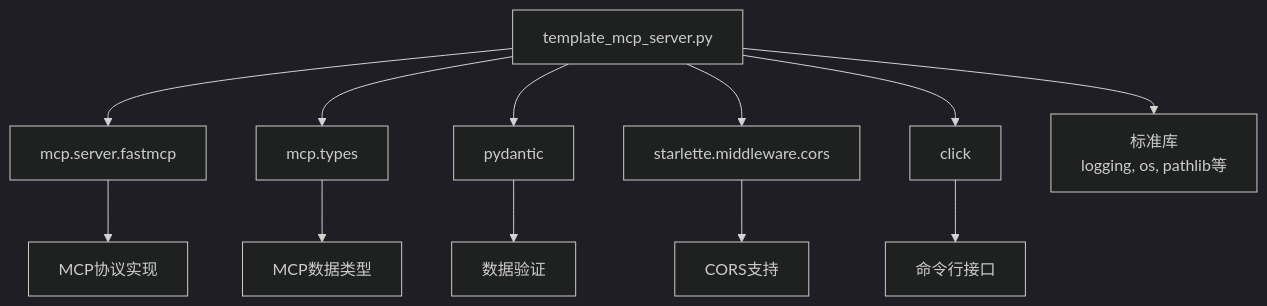
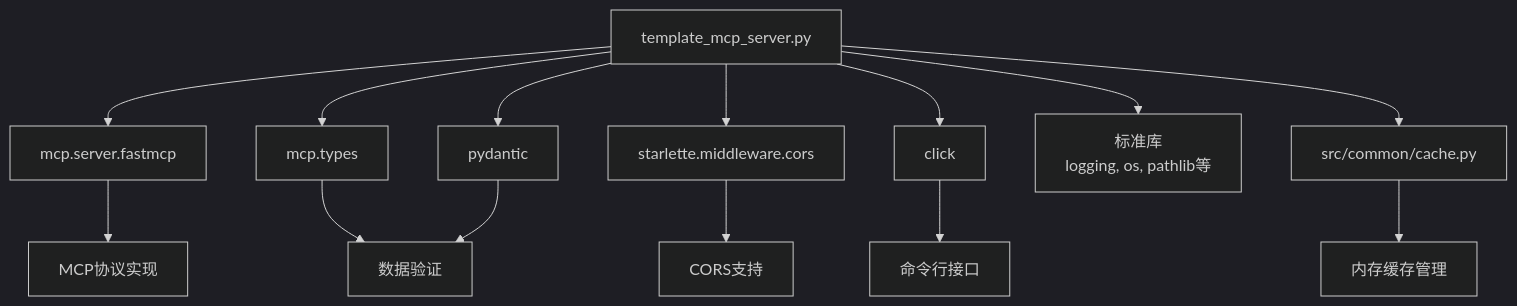
Before and after one commit to junerver/multi_mcp_server: the sixth of 6 diagrams in .qoder/repowiki/zh/content/API参考/代码模板生成API.md, drawn with Mermaid (dark theme). The commit also changed other lines of this file and 9 other files, not shown here.

````diff
--- a/.qoder/repowiki/zh/content/API参考/代码模板生成API.md
+++ b/.qoder/repowiki/zh/content/API参考/代码模板生成API.md
@@ -171,14 +190,16 @@
 ```mermaid
 graph TD
 A[template_mcp_server.py] --> B[mcp.server.fastmcp]
 A --> C[mcp.types]
 A --> D[pydantic]
 A --> E[starlette.middleware.cors]
 A --> F[click]
 A --> G[标准库<br>logging, os, pathlib等]
-B --> H[MCP协议实现]
-C --> I[MCP数据类型]
+A --> H[src/common/cache.py]
+B --> I[MCP协议实现]
+C --> J[MCP数据类型]
 D --> J[数据验证]
 E --> K[CORS支持]
 F --> L[命令行接口]
+H --> M[内存缓存管理]
 ```
````
